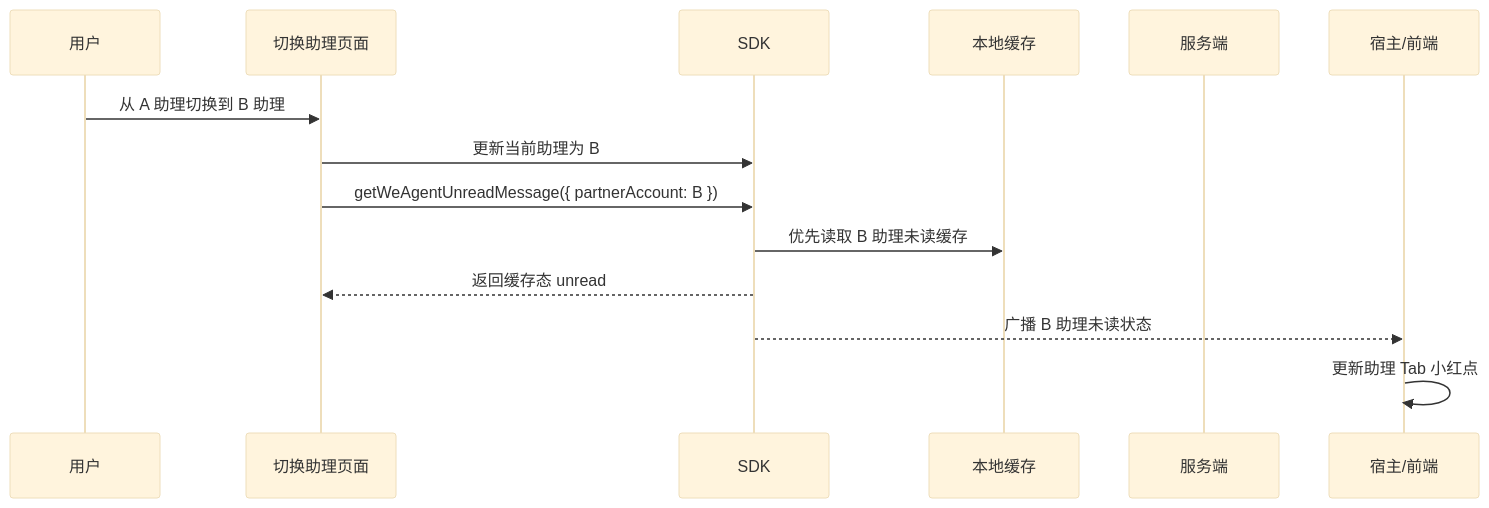
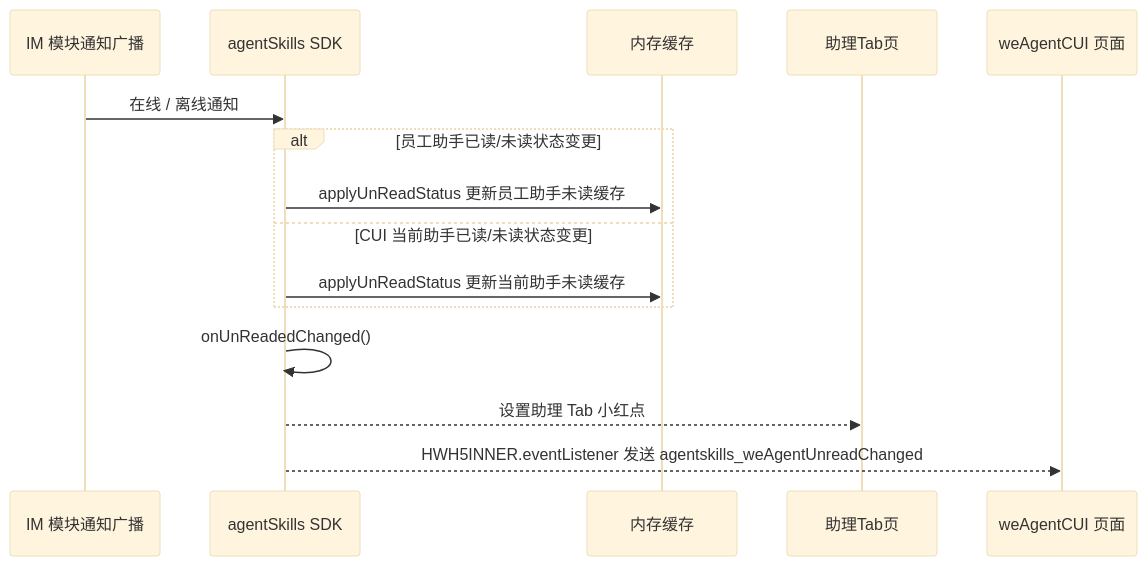
One commit to Abelsjcheng/skillSDK changed the fourth of 6 diagrams in 2026-06-11-we-agent-tab-unread-red-dot-plan.md. Above: the diagram before and after it, drawn with Mermaid (base theme). The commit also changed other lines of this file, not shown here.

````diff
--- a/2026-06-11-we-agent-tab-unread-red-dot-plan.md
+++ b/2026-06-11-we-agent-tab-unread-red-dot-plan.md
@@ -137,17 +152,18 @@
 ```mermaid
 sequenceDiagram
-    participant User as 用户
-    participant Switch as 切换助理页面
-    participant SDK as SDK
-    participant Storage as 本地缓存
-    participant Server as 服务端
-    participant Host as 宿主/前端
+    participant IM as IM 模块通知广播
+    participant SDK as agentSkills SDK
+    participant Memory as 内存缓存
+    participant Tab as 助理Tab页
+    participant CUI as weAgentCUI 页面
 
-    User->>Switch: 从 A 助理切换到 B 助理
-    Switch->>SDK: 更新当前助理为 B
-    Switch->>SDK: getWeAgentUnreadMessage({ partnerAccount: B })
-    SDK->>Storage: 优先读取 B 助理未读缓存
-    SDK-->>Switch: 返回缓存态 unread
-    SDK-->>Host: 广播 B 助理未读状态
-    Host->>Host: 更新助理 Tab 小红点
+    IM->>SDK: 在线 / 离线通知
+    alt 员工助手已读/未读状态变更
+        SDK->>Memory: applyUnReadStatus 更新员工助手未读缓存
+    else CUI 当前助手已读/未读状态变更
+        SDK->>Memory: applyUnReadStatus 更新当前助手未读缓存
+    end
+    SDK->>SDK: onUnReadedChanged()
+    SDK-->>Tab: 设置助理 Tab 小红点
+    SDK-->>CUI: HWH5INNER.eventListener 发送 agentskills_weAgentUnreadChanged
 ```
````
